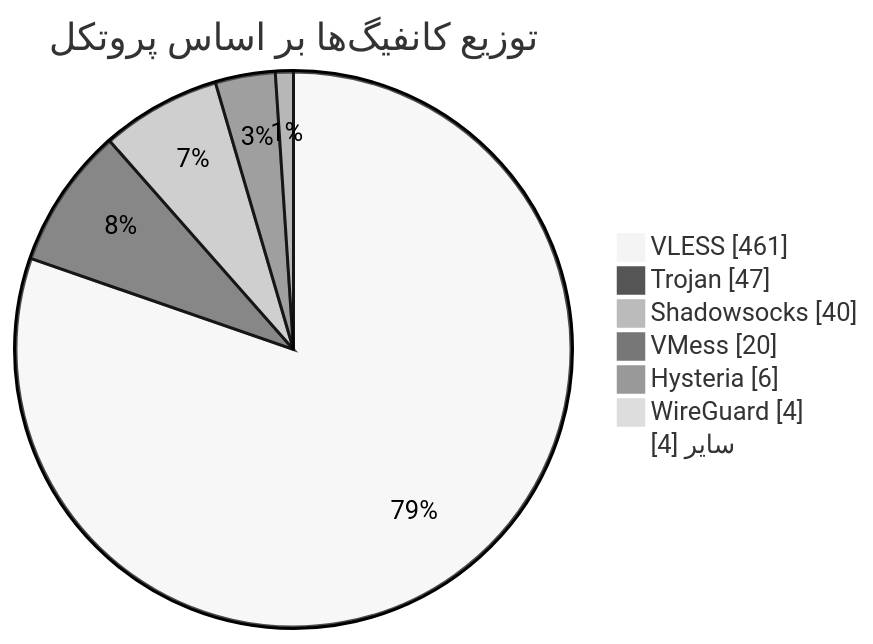
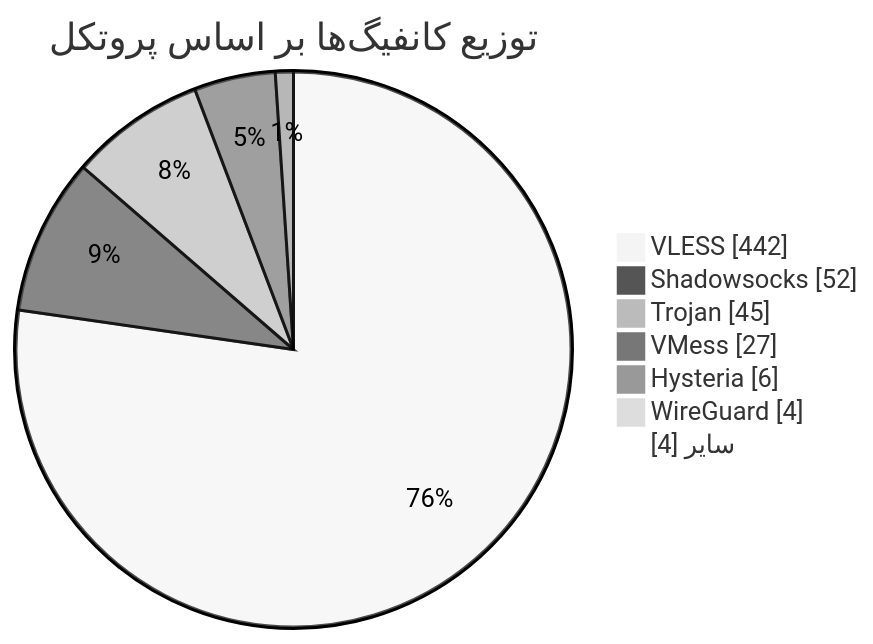
One commit to Arian-Alijani/Somthing changed the diagram in README.md. Above: the diagram before and after it, drawn with Mermaid (neutral theme). The commit also changed other lines of this file and 15 other files, not shown here.

````diff
--- a/README.md
+++ b/README.md
@@ -49,11 +49,11 @@
 ```mermaid
 pie showData
     title توزیع کانفیگ‌ها بر اساس پروتکل
-    "VLESS" : 461
-    "Trojan" : 47
-    "Shadowsocks" : 40
-    "VMess" : 20
+    "VLESS" : 442
+    "Shadowsocks" : 52
+    "Trojan" : 45
+    "VMess" : 27
     "Hysteria" : 6
     "WireGuard" : 4
     "سایر" : 4
 ```
````
